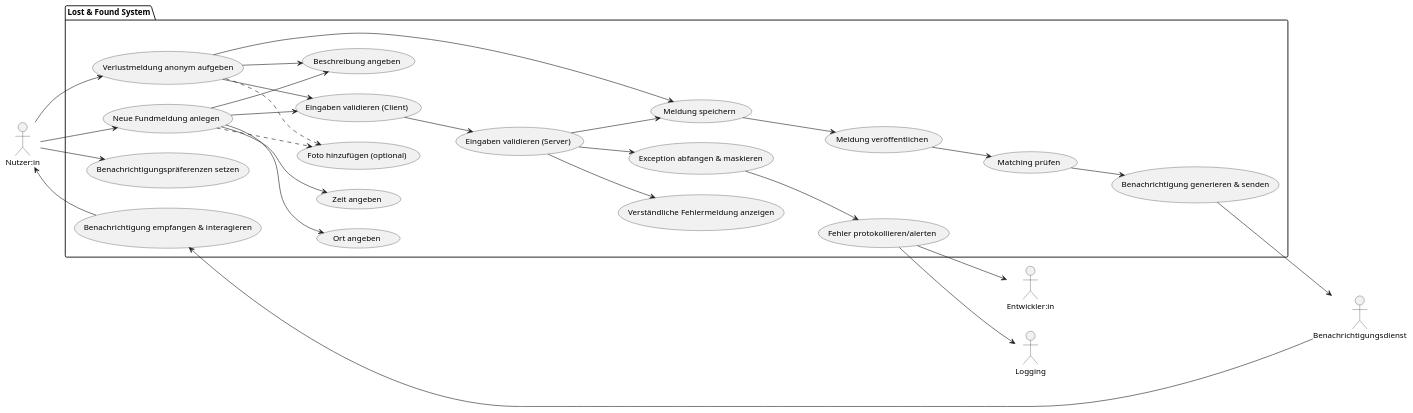
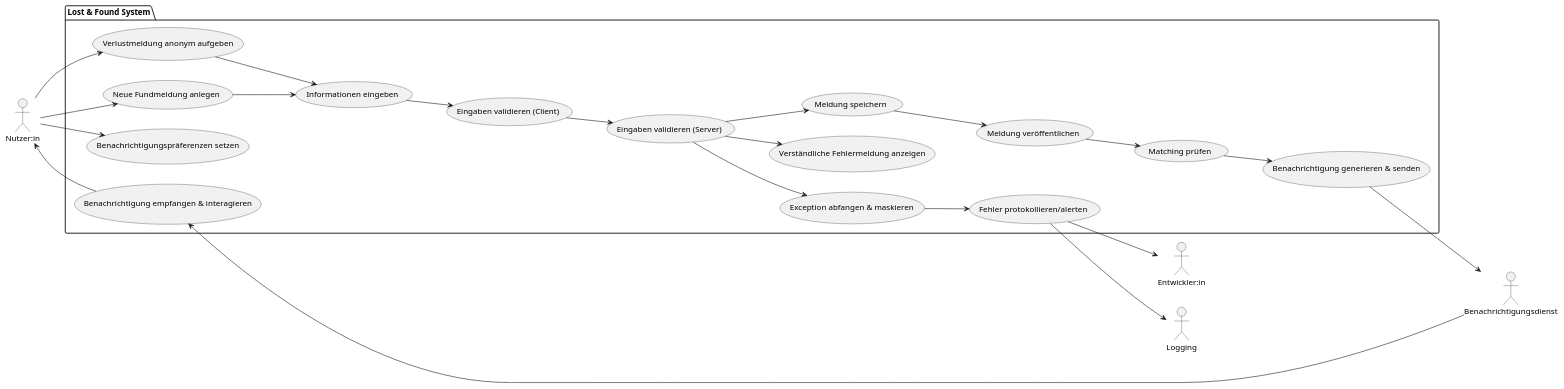
Before and after one commit to Tom0603/SoftwareEngineering_Lecture: the diagram in docs/architecture/use-case-user-stories.puml, drawn with PlantUML.

Commit message:
Update use case user story

```diff
--- a/docs/architecture/use-case-user-stories.puml
+++ b/docs/architecture/use-case-user-stories.puml
@@ -1,58 +1,49 @@
 @startuml
 
 left to right direction
 
 actor "Nutzer:in" as stud
 actor "Entwickler:in" as dev
 actor "Logging" as log
 actor "Benachrichtigungsdienst" as notif
 
 package "Lost & Found System" {
   usecase "Verlustmeldung anonym aufgeben" as UC1
-  usecase "Ort angeben" as UC2
-  usecase "Zeit angeben" as UC3
-  usecase "Beschreibung angeben" as UC4
-  usecase "Foto hinzufügen (optional)" as UC5
+  usecase "Neue Fundmeldung anlegen" as UC13
+  usecase "Informationen eingeben" as UC2
   usecase "Meldung speichern" as UC6
   usecase "Meldung veröffentlichen" as UC7
   usecase "Eingaben validieren (Client)" as UC8
   usecase "Eingaben validieren (Server)" as UC9
   usecase "Verständliche Fehlermeldung anzeigen" as UC10
   usecase "Exception abfangen & maskieren" as UC11
   usecase "Fehler protokollieren/alerten" as UC12
-  usecase "Neue Fundmeldung anlegen" as UC13
   usecase "Benachrichtigungspräferenzen setzen" as UC14
   usecase "Matching prüfen" as UC15
   usecase "Benachrichtigung generieren & senden" as UC16
   usecase "Benachrichtigung empfangen & interagieren" as UC17
 }
 
 stud --> UC1
-UC1 --> UC4
-UC1 ..> UC5
-UC1 --> UC6
-UC1 --> UC8
+stud --> UC13
+stud --> UC14
+
+UC1 --> UC2
+UC13 --> UC2
+UC2 --> UC8
 UC8 --> UC9
 UC9 --> UC6
 UC6 --> UC7
 UC7 --> UC15
 
-stud --> UC13
-UC13 --> UC2
-UC13 --> UC3
-UC13 --> UC4
-UC13 ..> UC5
-UC13 --> UC8
-
-stud --> UC14
 UC15 --> UC16
 UC16 --> notif
 notif --> UC17
 UC17 --> stud
 UC9 --> UC10
 UC9 --> UC11
 UC11 --> UC12
 UC12 --> log
 UC12 --> dev
 
 @enduml
```
